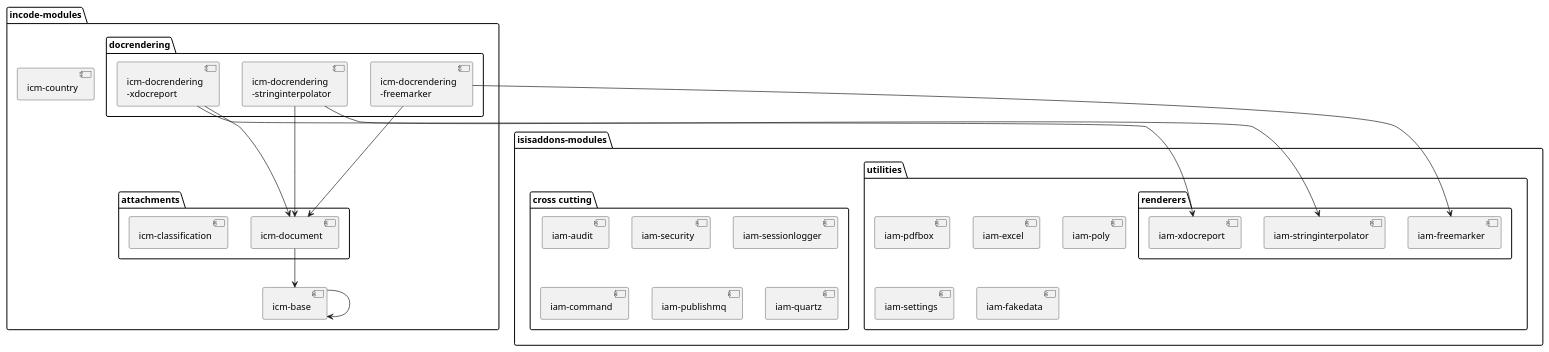
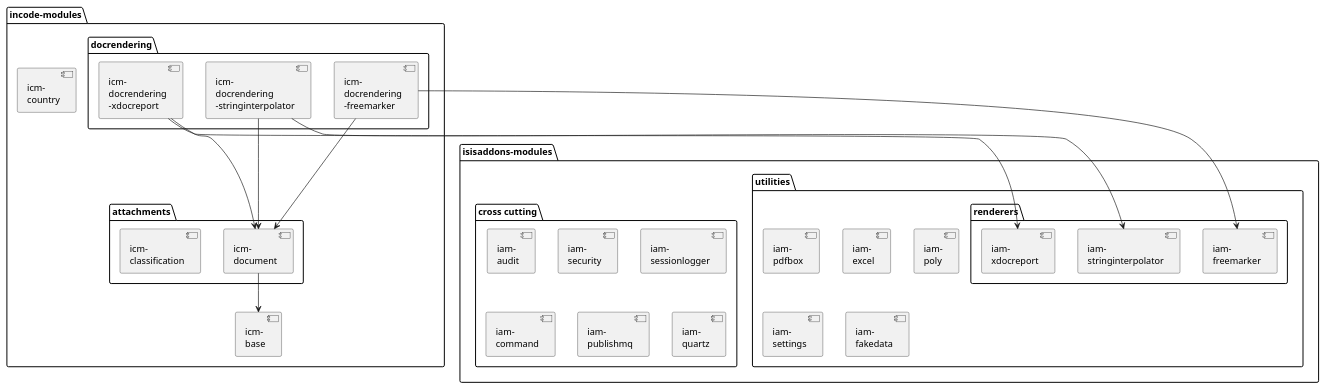
The third of 3 diagrams in README.adoc (incodehq/developers-guide), drawn with PlantUML before and after one commit. The commit also changed other lines of this file and 6 other files, not shown here.

Commit message:
updates the developers' guide (component module diagrams, simplified wording in various places)

```diff
--- a/README.adoc
+++ b/README.adoc
@@ -177,52 +181,51 @@
 [plantuml, {_imagesdir}/incode-and-isisaddons, png]
 ....
 package "incode-modules" {
 
-    [icm-base]
-    [icm-country]
+    [icm-\nbase]
+    [icm-\ncountry]
 
     package "attachments" {
-        [icm-document] --> [icm-base]
-        [icm-base] --> [icm-base]
-        [icm-classification]
+        [icm-\ndocument] --> [icm-\nbase]
+        [icm-\nclassification]
     }
 
     package "docrendering" {
-        [icm-docrendering\n-freemarker] --> [icm-document]
-        [icm-docrendering\n-stringinterpolator] --> [icm-document]
-        [icm-docrendering\n-xdocreport] --> [icm-document]
+        [icm-\ndocrendering\n-freemarker] --> [icm-\ndocument]
+        [icm-\ndocrendering\n-stringinterpolator] --> [icm-\ndocument]
+        [icm-\ndocrendering\n-xdocreport] --> [icm-\ndocument]
     }
 
 }
 
 
 package "isisaddons-modules" {
 
     package "utilities" {
-        [iam-pdfbox]
-        [iam-excel]
-        [iam-poly]
-        [iam-settings]
-        [iam-fakedata]
+        [iam-\npdfbox]
+        [iam-\nexcel]
+        [iam-\npoly]
+        [iam-\nsettings]
+        [iam-\nfakedata]
         package "renderers" {
-            [iam-freemarker]
-            [iam-stringinterpolator]
-            [iam-xdocreport]
+            [iam-\nfreemarker]
+            [iam-\nstringinterpolator]
+            [iam-\nxdocreport]
         }
     }
 
     package "cross cutting" {
-        [iam-audit]
-        [iam-security]
-        [iam-sessionlogger]
-        [iam-command]
-        [iam-publishmq]
-        [iam-quartz]
+        [iam-\naudit]
+        [iam-\nsecurity]
+        [iam-\nsessionlogger]
+        [iam-\ncommand]
+        [iam-\npublishmq]
+        [iam-\nquartz]
     }
 
 }
 
-[icm-docrendering\n-freemarker] --> [iam-freemarker]
-[icm-docrendering\n-stringinterpolator] --> [iam-stringinterpolator]
-[icm-docrendering\n-xdocreport] --> [iam-xdocreport]
+[icm-\ndocrendering\n-freemarker] --> [iam-\nfreemarker]
+[icm-\ndocrendering\n-stringinterpolator] --> [iam-\nstringinterpolator]
+[icm-\ndocrendering\n-xdocreport] --> [iam-\nxdocreport]
 ....
```
